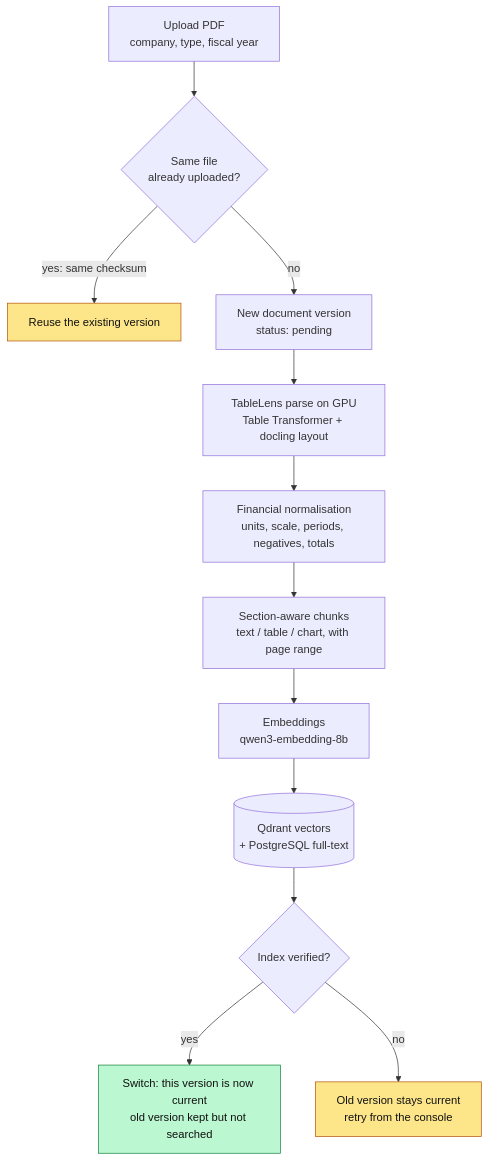
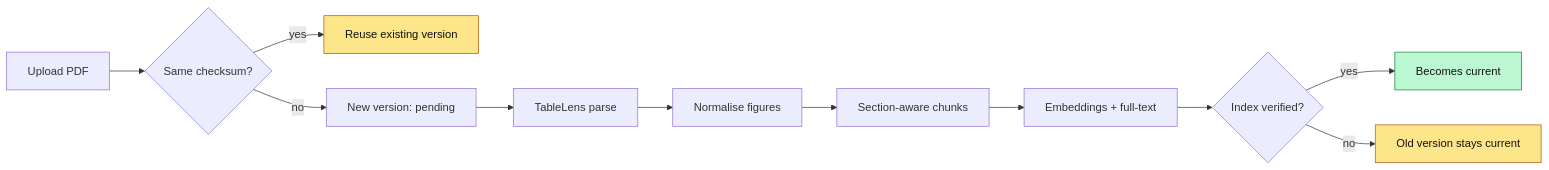
The first of 3 diagrams in README.md (Numaa-droid/Autonomous-Enterprise-Intelligence-Decision-System), drawn with Mermaid before and after one commit. The commit also changed other lines of this file and 5 other files, not shown here.

Commit message:
README: designed graphics (banner, pipeline, agent team, trust, benchmark), badge navigation, collapsible deep dives

````diff
--- a/README.md
+++ b/README.md
@@ -119,19 +88,14 @@
 ```mermaid
-flowchart TB
-    A["Upload PDF<br/>company, type, fiscal year"] --> B{"Same file<br/>already uploaded?"}
-    B -- "yes: same checksum" --> B2["Reuse the existing version"]
-    B -- "no" --> C["New document version<br/>status: pending"]
-    C --> D["TableLens parse on GPU<br/>Table Transformer + docling layout"]
-    D --> E["Financial normalisation<br/>units, scale, periods, negatives, totals"]
-    E --> F["Section-aware chunks<br/>text / table / chart, with page range"]
-    F --> G["Embeddings<br/>qwen3-embedding-8b"]
-    G --> H[("Qdrant vectors<br/>+ PostgreSQL full-text")]
-    H --> I{"Index verified?"}
-    I -- "yes" --> J["Switch: this version is now current<br/>old version kept but not searched"]
-    I -- "no" --> K["Old version stays current<br/>retry from the console"]
-
+flowchart LR
+    A["Upload PDF"] --> B{"Same checksum?"}
+    B -- "yes" --> B2["Reuse existing version"]
+    B -- "no" --> C["New version: pending"]
+    C --> D["TableLens parse"] --> E["Normalise figures"] --> F["Section-aware chunks"]
+    F --> G["Embeddings + full-text"] --> H{"Index verified?"}
+    H -- "yes" --> J["Becomes current"]
+    H -- "no" --> K["Old version stays current"]
     classDef ok fill:#bbf7d0,stroke:#15803d,color:#111
     classDef warn fill:#fde68a,stroke:#b45309,color:#111
     class J ok
     class K,B2 warn
 ```
````
